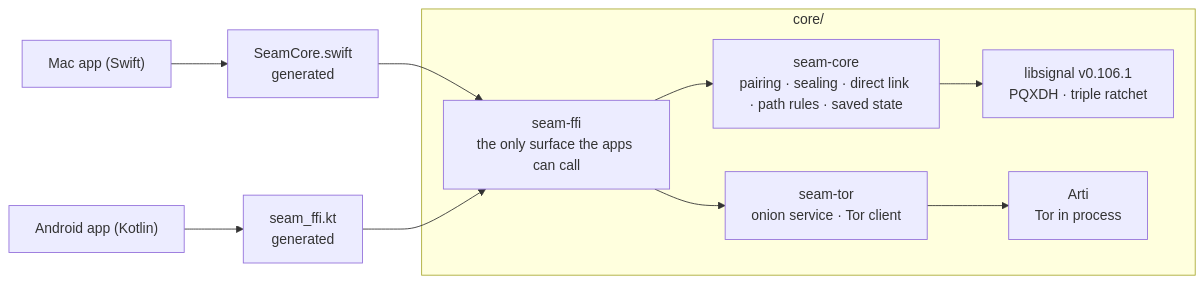
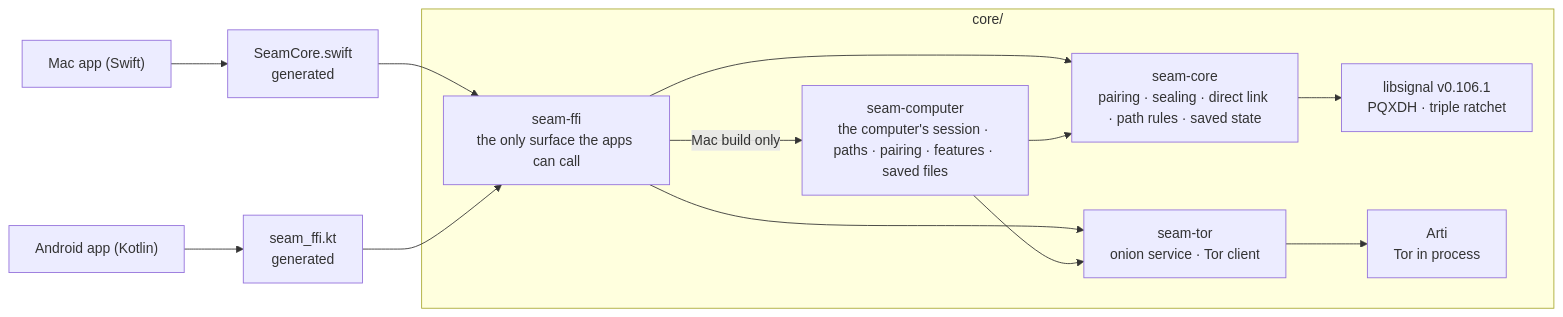
The first of 2 diagrams in core/README.md (aveterosystems/seam), drawn with Mermaid before and after one commit. The commit also changed other lines of this file and 132 other files, not shown here.

First line of the commit message:
The Mac runs on seam-computer: one session layer in Rust for every computer (#73)

````diff
--- a/core/README.md
+++ b/core/README.md
@@ -5,13 +5,16 @@
 ```mermaid
 flowchart LR
     Swift["Mac app (Swift)"] --> SB["SeamCore.swift<br/>generated"]
     Kotlin["Android app (Kotlin)"] --> KB["seam_ffi.kt<br/>generated"]
     SB --> FFI
     KB --> FFI
     subgraph core["core/"]
         FFI["seam-ffi<br/>the only surface the apps can call"] --> SC["seam-core<br/>pairing · sealing · direct link · path rules · saved state"]
         FFI --> ST["seam-tor<br/>onion service · Tor client"]
+        FFI -- "Mac build only" --> CO["seam-computer<br/>the computer's session · paths · pairing · features · saved files"]
+        CO --> SC
+        CO --> ST
         SC --> LS["libsignal v0.106.1<br/>PQXDH · triple ratchet"]
         ST --> AR["Arti<br/>Tor in process"]
     end
 ```
````
